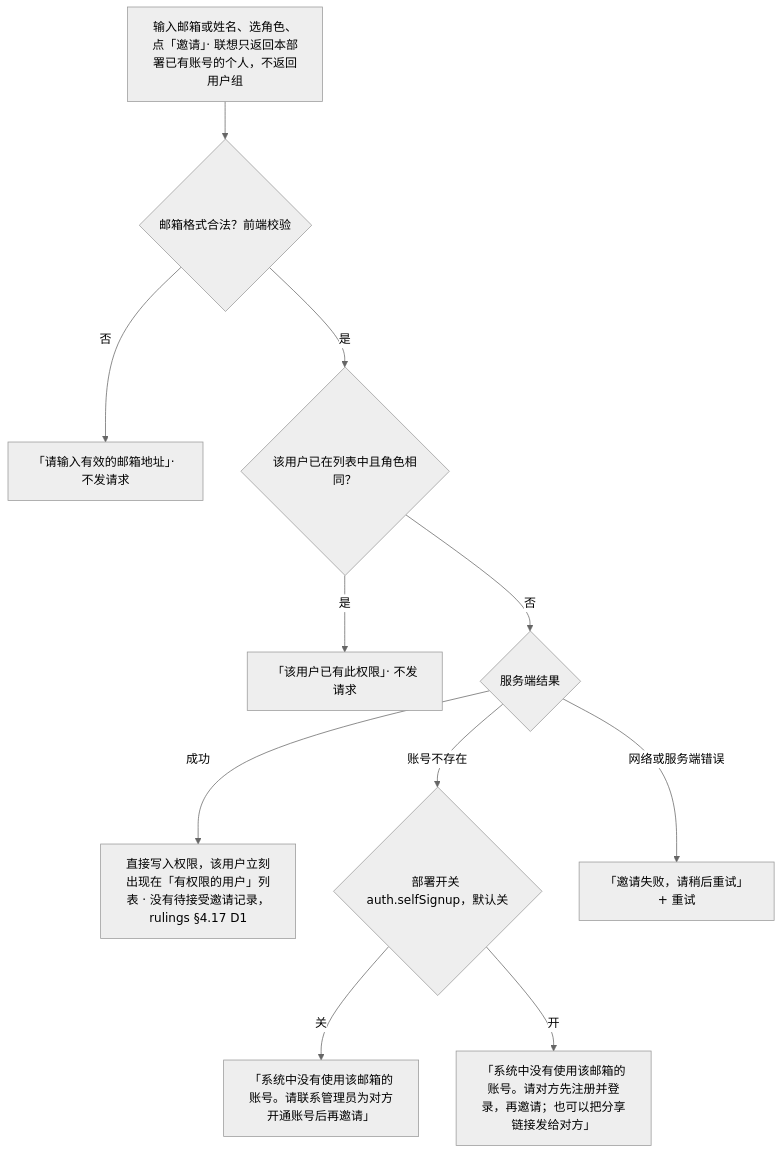
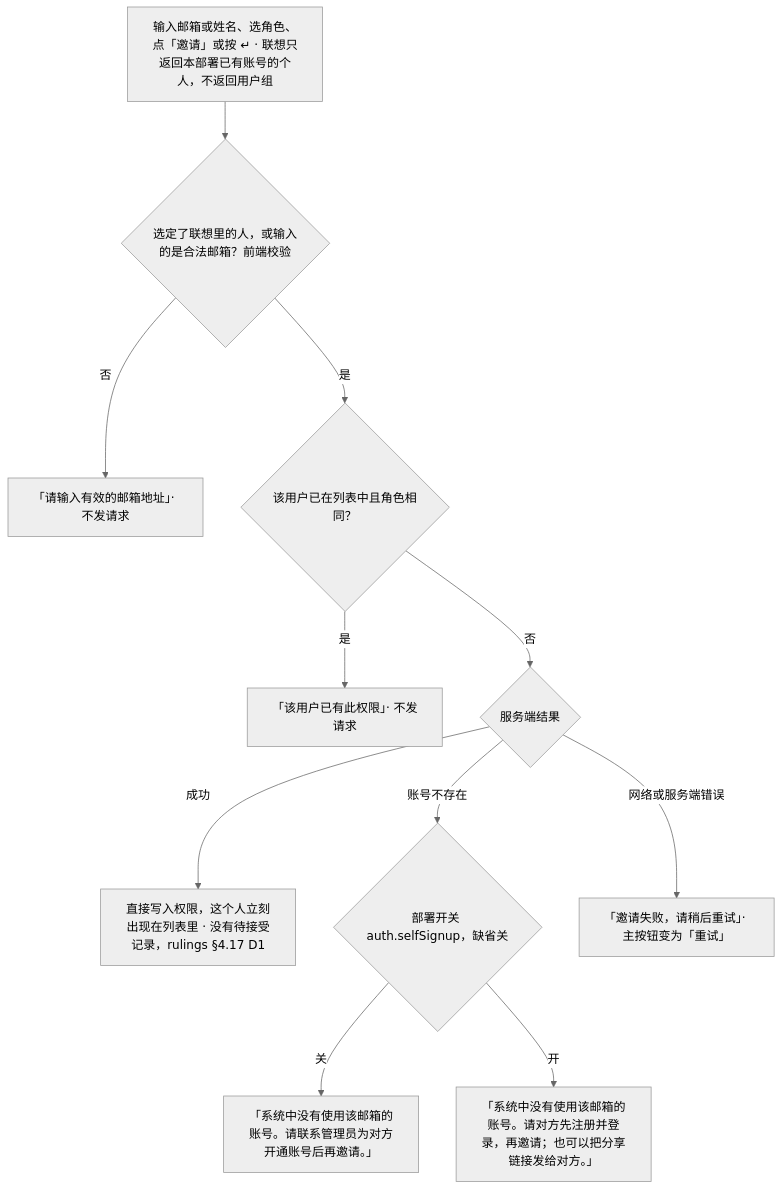
One commit to Xeonice/cordis-ppt-editor changed the first of 4 diagrams in docs/20-design/03-screens/08-share-permissions-dialog.md. Above: the diagram before and after it, drawn with Mermaid (neutral theme). The commit also changed other lines of this file and 44 other files, not shown here.

````diff
--- a/docs/20-design/03-screens/08-share-permissions-dialog.md
+++ b/docs/20-design/03-screens/08-share-permissions-dialog.md
@@ -86,24 +228,24 @@
 ```mermaid
 flowchart TB
-  inv["输入邮箱或姓名、选角色、点「邀请」· 联想只返回本部署已有账号的个人，不返回用户组"]
-  fmt{"邮箱格式合法？前端校验"}
+  inv["输入邮箱或姓名、选角色、点「邀请」或按 ↵ · 联想只返回本部署已有账号的个人，不返回用户组"]
+  fmt{"选定了联想里的人，或输入的是合法邮箱？前端校验"}
   eFmt["「请输入有效的邮箱地址」· 不发请求"]
   dup{"该用户已在列表中且角色相同？"}
   eDup["「该用户已有此权限」· 不发请求"]
   res{"服务端结果"}
-  ok["直接写入权限，该用户立刻出现在「有权限的用户」列表 · 没有待接受邀请记录，rulings §4.17 D1"]
-  ss{"部署开关 auth.selfSignup，默认关"}
-  eOff["「系统中没有使用该邮箱的账号。请联系管理员为对方开通账号后再邀请」"]
-  eOn["「系统中没有使用该邮箱的账号。请对方先注册并登录，再邀请；也可以把分享链接发给对方」"]
-  eNet["「邀请失败，请稍后重试」+ 重试"]
+  ok["直接写入权限，这个人立刻出现在列表里 · 没有待接受记录，rulings §4.17 D1"]
+  ss{"部署开关 auth.selfSignup，缺省关"}
+  eOff["「系统中没有使用该邮箱的账号。请联系管理员为对方开通账号后再邀请。」"]
+  eOn["「系统中没有使用该邮箱的账号。请对方先注册并登录，再邀请；也可以把分享链接发给对方。」"]
+  eNet["「邀请失败，请稍后重试」· 主按钮变为「重试」"]
   inv --> fmt
   fmt -->|"否"| eFmt
   fmt -->|"是"| dup
   dup -->|"是"| eDup
   dup -->|"否"| res
   res -->|"成功"| ok
   res -->|"账号不存在"| ss
   ss -->|"关"| eOff
   ss -->|"开"| eOn
   res -->|"网络或服务端错误"| eNet
 ```
````
